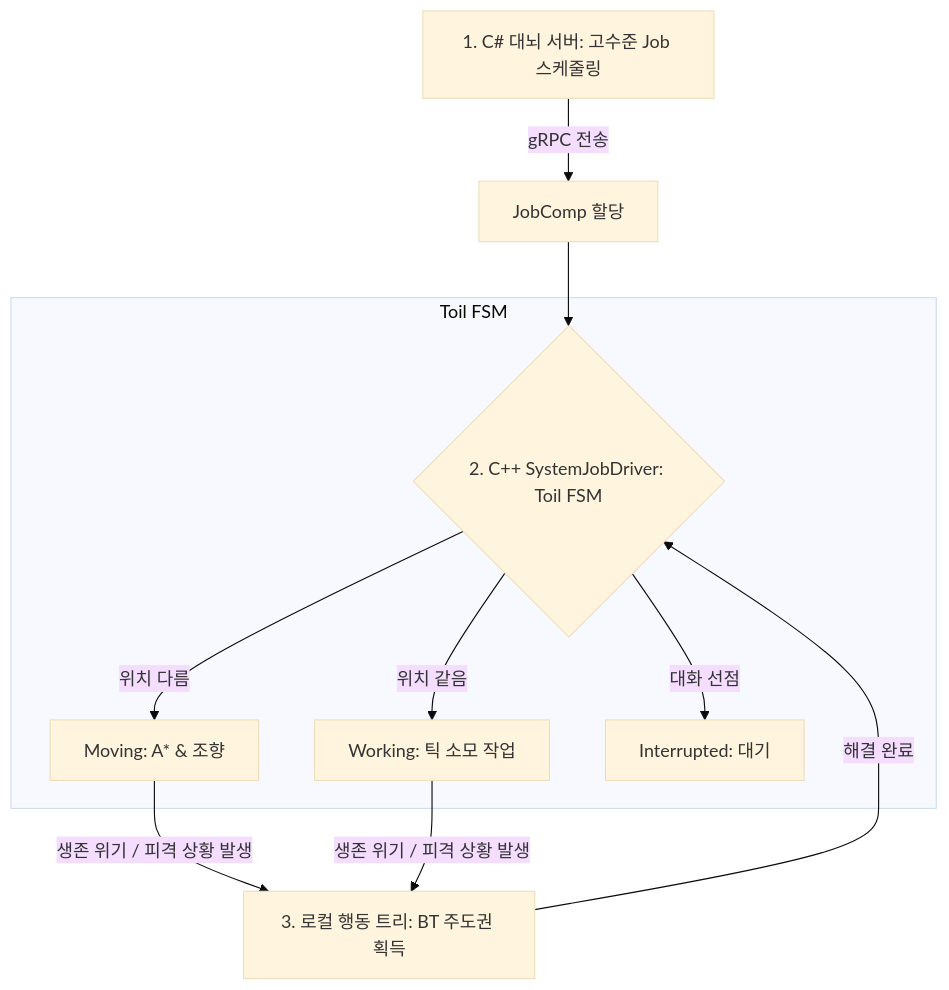
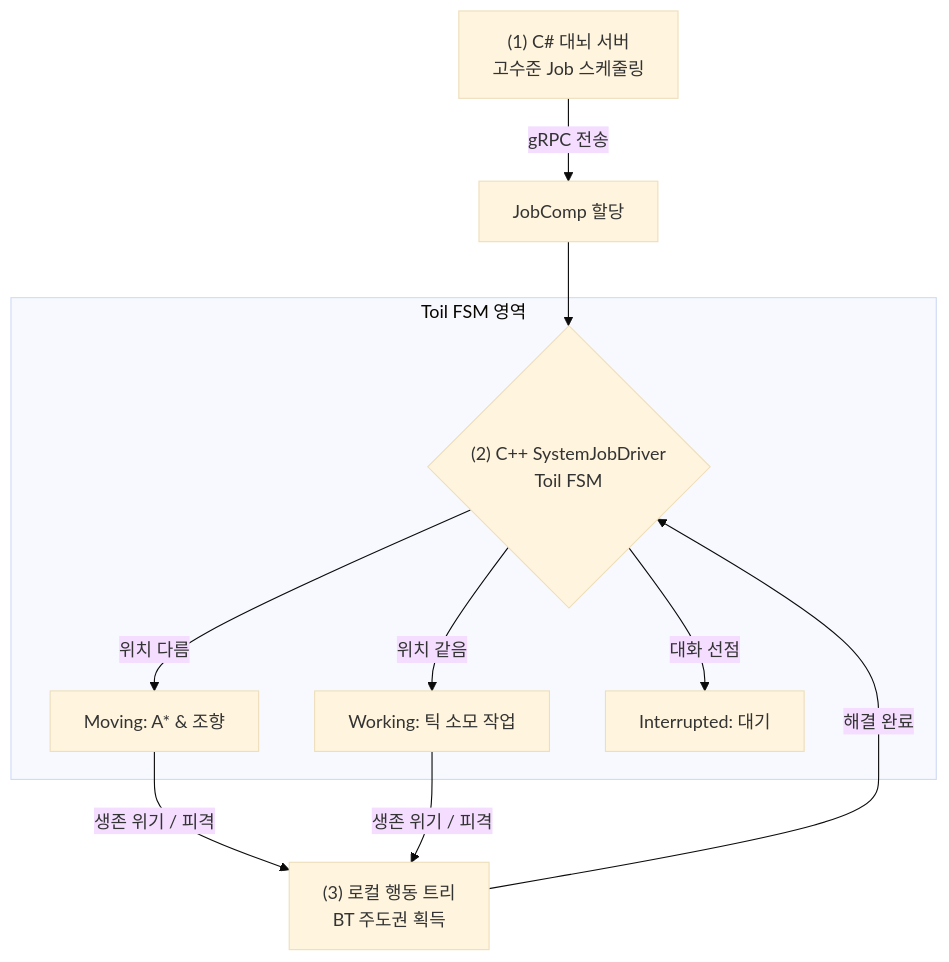
The second of 4 diagrams in MundusVivens/docs/02_agent_design.md (jin20203458/Obsidian.Agent), drawn with Mermaid (base theme) before and after one commit. The commit also changed other lines of this file, not shown here.

Commit message:
docs: apply precise Mermaid fixes (use (1) labels and line breaks) for Obsidian and GitHub

````diff
--- a/MundusVivens/docs/02_agent_design.md
+++ b/MundusVivens/docs/02_agent_design.md
@@ -53,17 +53,15 @@
 ```mermaid
-graph TD
-    CS[1. C# 대뇌 서버: 고수준 Job 스케줄링] -->|gRPC 전송| JobComp[JobComp 할당]
-    JobComp --> Driver{2. C++ SystemJobDriver: Toil FSM}
+flowchart TD
+    CS["(1) C# 대뇌 서버<br/>고수준 Job 스케줄링"] -->|"gRPC 전송"| JobComp["JobComp 할당"]
+    JobComp --> Driver{"(2) C++ SystemJobDriver<br/>Toil FSM"}
     
-    %% Toil FSM 영역
-    subgraph Toil FSM
-        Driver -->|위치 다름| Move[Moving: A* & 조향]
-        Driver -->|위치 같음| Work[Working: 틱 소모 작업]
-        Driver -->|대화 선점| Interrupted[Interrupted: 대기]
+    subgraph TOIL_FSM ["Toil FSM 영역"]
+        Driver -->|"위치 다름"| Move["Moving: A* & 조향"]
+        Driver -->|"위치 같음"| Work["Working: 틱 소모 작업"]
+        Driver -->|"대화 선점"| Interrupted["Interrupted: 대기"]
     end
 
-    %% 실시간 예외 우회 (BT)
-    Move -->|생존 위기 / 피격 상황 발생| BT[3. 로컬 행동 트리: BT 주도권 획득]
-    Work -->|생존 위기 / 피격 상황 발생| BT
-    BT -->|해결 완료| Driver
+    Move -->|"생존 위기 / 피격"| BT["(3) 로컬 행동 트리<br/>BT 주도권 획득"]
+    Work -->|"생존 위기 / 피격"| BT
+    BT -->|"해결 완료"| Driver
 ```
````
